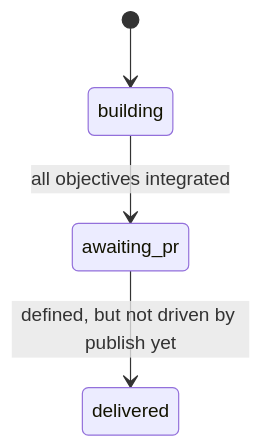
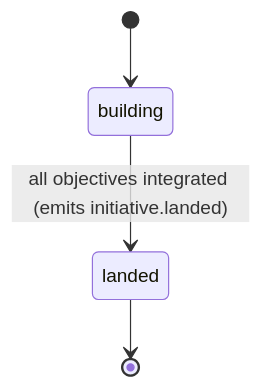
The fifth of 11 diagrams in docs/git-workflow.md (kanthorlabs/kanthord), drawn with Mermaid before and after one commit. The commit also changed other lines of this file and 5 other files, not shown here.

````diff
--- a/docs/git-workflow.md
+++ b/docs/git-workflow.md
@@ -155,6 +155,6 @@
 ```mermaid
 stateDiagram-v2
     [*] --> building
-    building --> awaiting_pr: all objectives integrated
-    awaiting_pr --> delivered: defined, but not driven by publish yet
+    building --> landed: all objectives integrated (emits initiative.landed)
+    landed --> [*]
 ```
````
